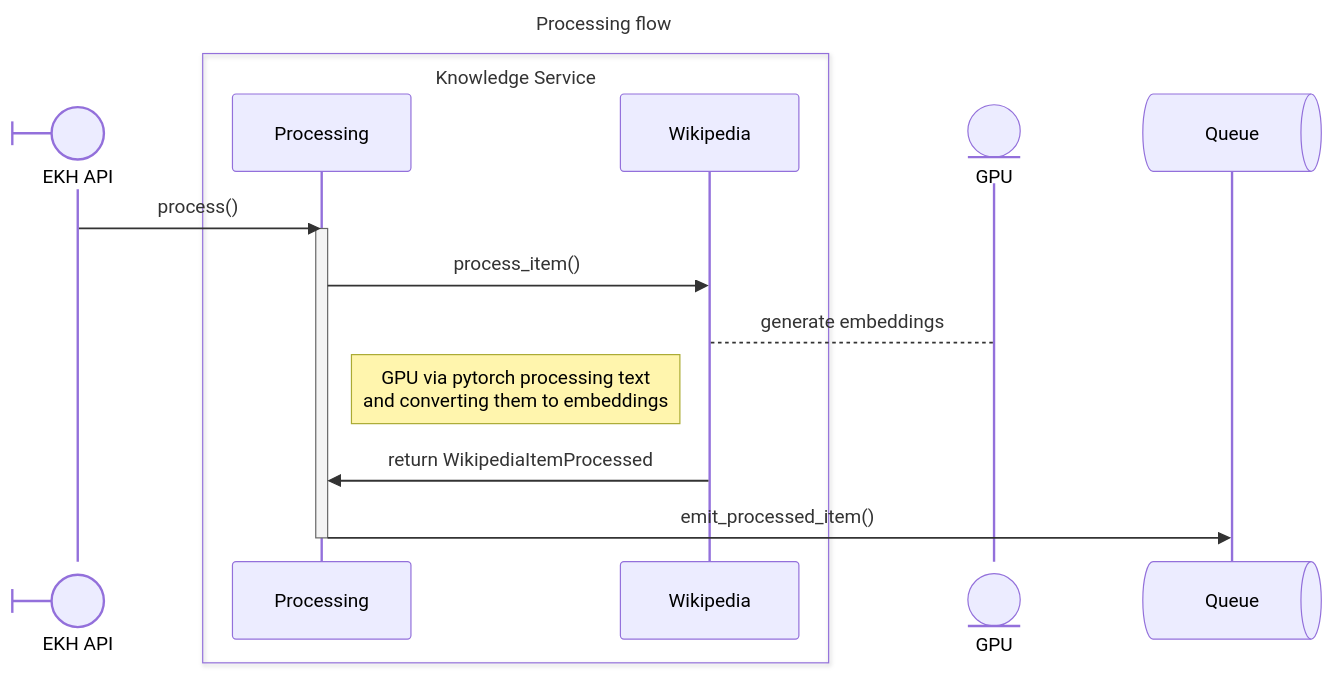
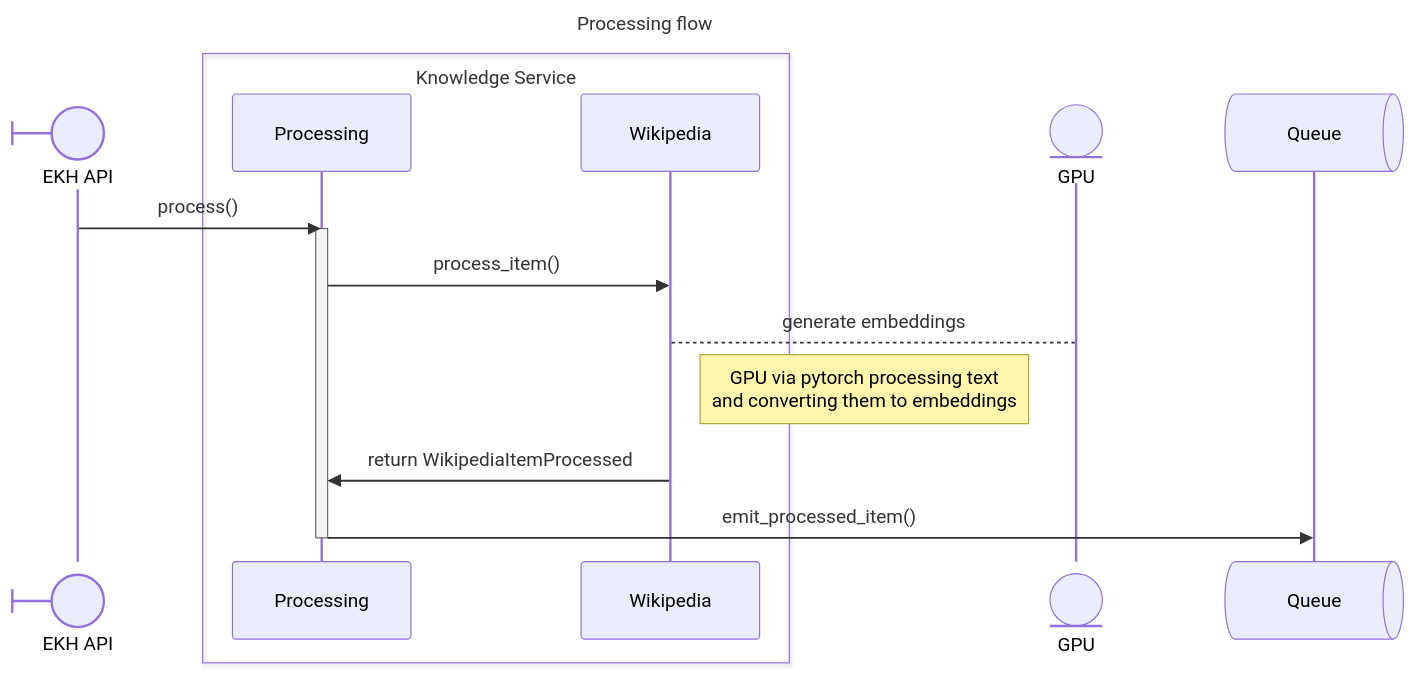
One commit to ssc-dsai/enterprise-knowledge-hub changed the second of 3 diagrams in docs/mermaid-diagram.md. Above: the diagram before and after it, drawn with Mermaid.

Commit message:
align note right side

````diff
--- a/docs/mermaid-diagram.md
+++ b/docs/mermaid-diagram.md
@@ -49,25 +49,25 @@
 ```mermaid
 ---
 title: Processing flow
 ---
 sequenceDiagram
     participant API@{ "type": "boundary" } as EKH API
 
     box Knowledge Service
     participant process as Processing
     participant impl as Wikipedia
     end
 
     participant GPU@{ "type" : "entity" }
 
     participant queue@{ "type" : "queue" } as Queue
 
     API->>process: process()
     activate process
     process->>impl: process_item()
     impl-->GPU: generate embeddings
-    Note left of impl: GPU via pytorch processing text <br/> and converting them to embeddings
+    Note right of impl: GPU via pytorch processing text <br/> and converting them to embeddings
     impl->>process: return WikipediaItemProcessed
     process->>queue: emit_processed_item()
     deactivate process
 ```
````
